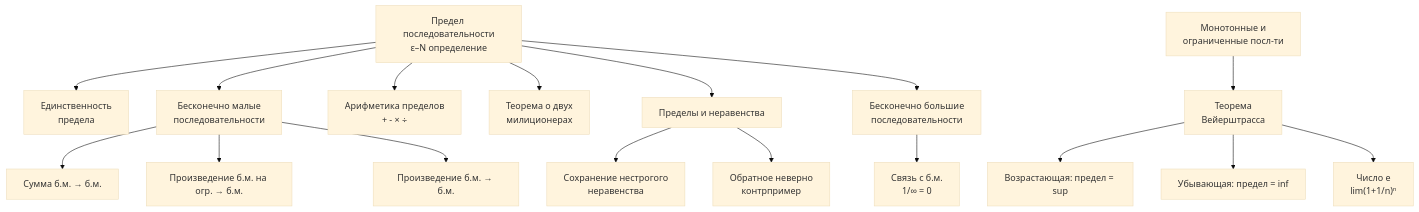
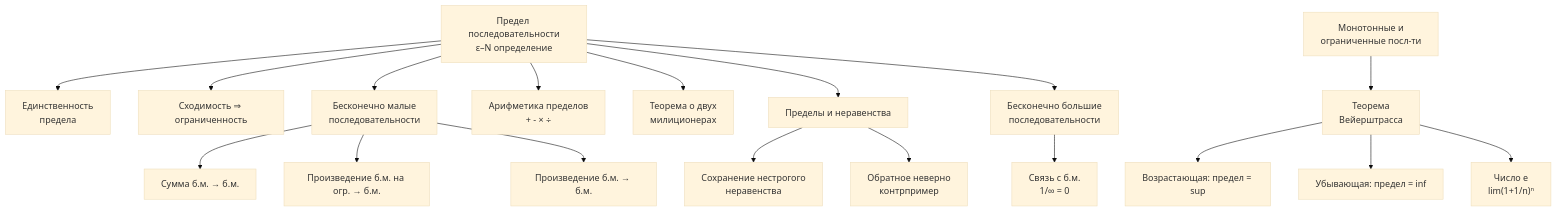
Before and after one commit to neovstan/mipt: the first of 5 diagrams in hsse/calculus/ai-written-conspects/src/4. Предел числовой последовательности. Теорема Вейерштрасса. Число e.md, drawn with Mermaid (base theme). The commit also changed other lines of this file and 1 other file, not shown here.

````diff
--- a/hsse/calculus/ai-written-conspects/src/4. Предел числовой последовательности. Теорема Вейерштрасса. Число e.md
+++ b/hsse/calculus/ai-written-conspects/src/4. Предел числовой последовательности. Теорема Вейерштрасса. Число e.md
@@ -1,19 +1,20 @@
 ```mermaid
 graph TD
 A[Предел последовательности<br>ε–N определение] --> B[Единственность<br>предела]
+A --> Z["Сходимость ⇒ ограниченность"]
 A --> C[Бесконечно малые<br>последовательности]
 C --> D1[Сумма б.м. → б.м.]
 C --> D2[Произведение б.м. на огр. → б.м.]
 C --> D3[Произведение б.м. → б.м.]
 A --> E[Арифметика пределов<br>+ - × ÷]
 A --> F[Теорема о двух<br>милиционерах]
 A --> G[Пределы и неравенства]
 G --> G1[Сохранение нестрогого<br>неравенства]
 G --> G2[Обратное неверно<br>контрпример]
 H[Монотонные и<br>ограниченные посл-ти] --> I[Теорема<br>Вейерштрасса]
 I --> I1[Возрастающая: предел = sup]
 I --> I2[Убывающая: предел = inf]
 I --> J["Число e<br>lim(1+1/n)ⁿ"]
 A --> K[Бесконечно большие<br>последовательности]
 K --> L[Связь с б.м.<br>1/∞ = 0]
 ```
````
